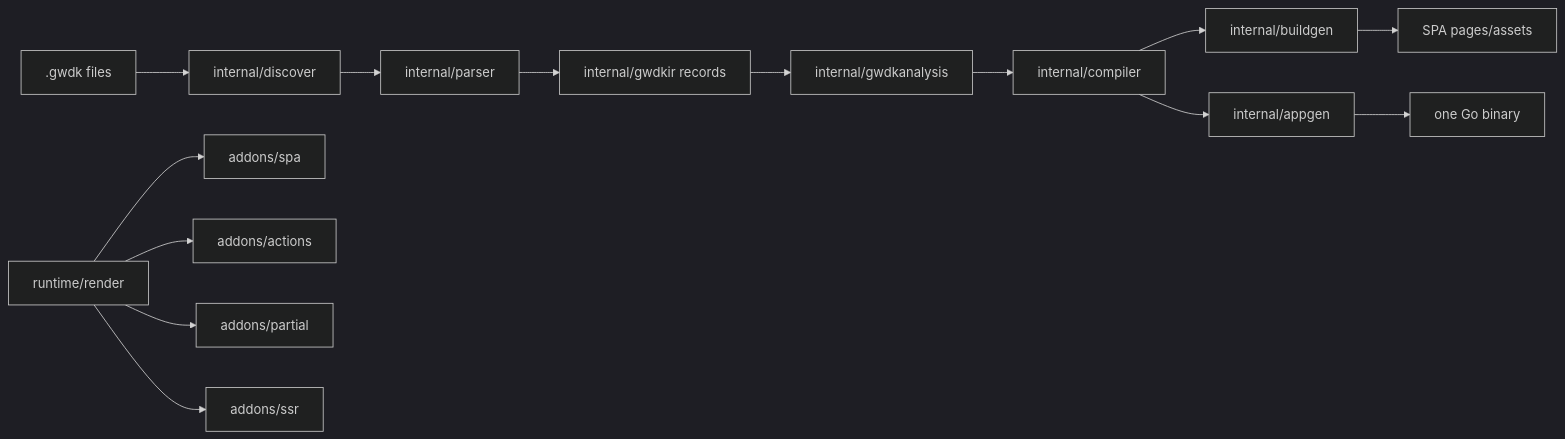
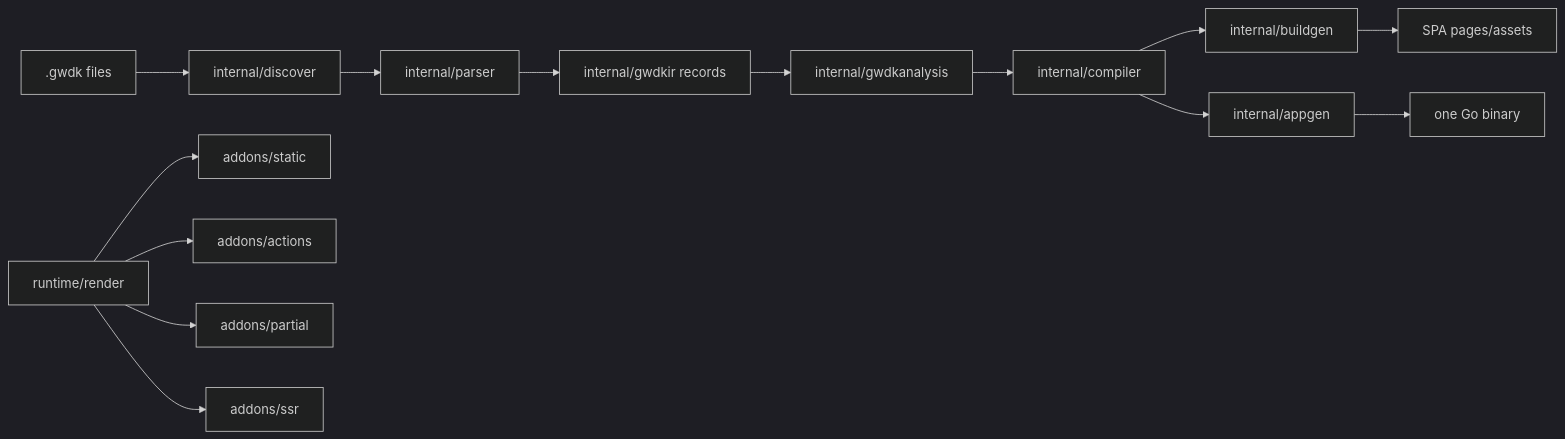
One commit to cssbruno/GoWDK changed the diagram in docs/engineering/architecture.md. Above: the diagram before and after it, drawn with Mermaid (dark theme). The commit also changed other lines of this file and 16 other files, not shown here.

Commit message:
split render core and static addon

````diff
--- a/docs/engineering/architecture.md
+++ b/docs/engineering/architecture.md
@@ -335,17 +336,17 @@
 ```mermaid
 flowchart LR
   Source[.gwdk files] --> Discover[internal/discover]
   Discover --> Parser[internal/parser]
   Parser --> IR[internal/gwdkir records]
   IR --> Assembly[internal/gwdkanalysis]
   Assembly --> Compiler[internal/compiler]
   Compiler --> Buildgen[internal/buildgen]
   Compiler --> Appgen[internal/appgen]
   Buildgen --> SPA[SPA pages/assets]
   Appgen --> Binary[one Go binary]
 
-  Render[runtime/render] --> SPAAddon[addons/spa]
+  Render[runtime/render] --> StaticAddon[addons/static]
   Render --> ActionsAddon[addons/actions]
   Render --> PartialAddon[addons/partial]
   Render --> SSRAddon[addons/ssr]
 ```
````
